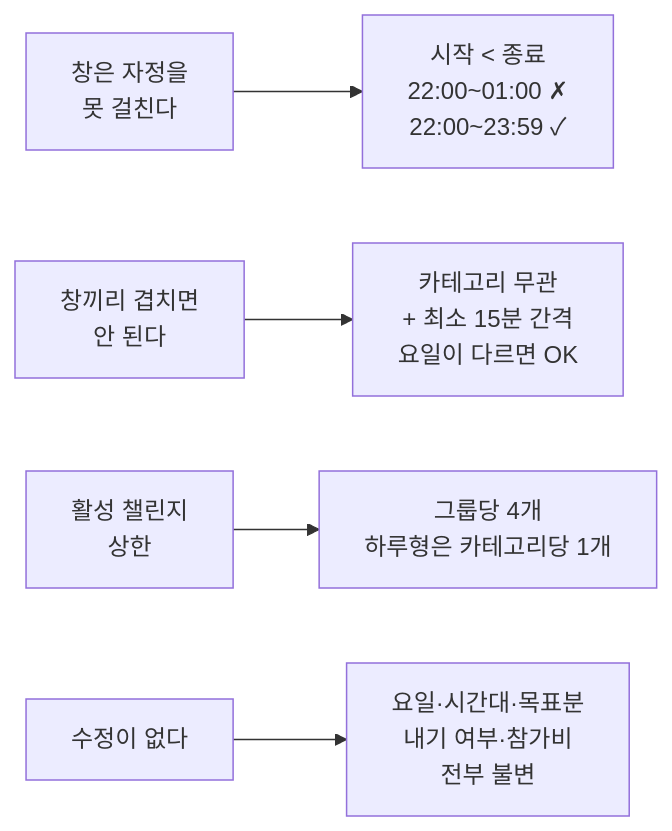
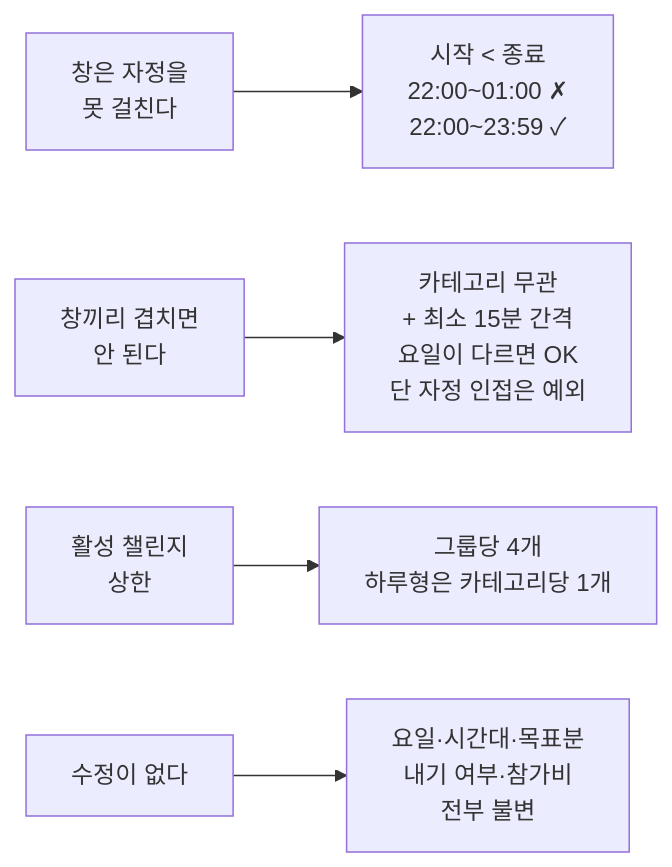
Before and after one commit to OneOrThree/phone: the seventh of 7 diagrams in docs/prd/challenge/README.md, drawn with Mermaid. The commit also changed 3 other files, not shown here.

````diff
--- a/docs/prd/challenge/README.md
+++ b/docs/prd/challenge/README.md
@@ -214,7 +214,7 @@
 ```mermaid
 flowchart LR
     A["창은 자정을<br/>못 걸친다"] --> A1["시작 &lt; 종료<br/>22:00~01:00 ✗<br/>22:00~23:59 ✓"]
-    B["창끼리 겹치면<br/>안 된다"] --> B1["카테고리 무관<br/>+ 최소 15분 간격<br/>요일이 다르면 OK"]
+    B["창끼리 겹치면<br/>안 된다"] --> B1["카테고리 무관<br/>+ 최소 15분 간격<br/>요일이 다르면 OK<br/>단 자정 인접은 예외"]
     C["활성 챌린지<br/>상한"] --> C1["그룹당 4개<br/>하루형은 카테고리당 1개"]
     D["수정이 없다"] --> D1["요일·시간대·목표분<br/>내기 여부·참가비<br/>전부 불변"]
 ```
````
